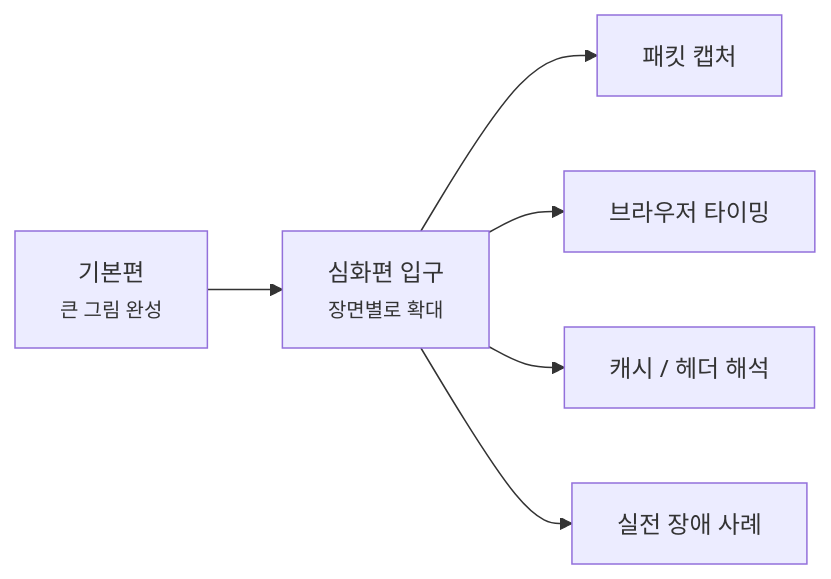
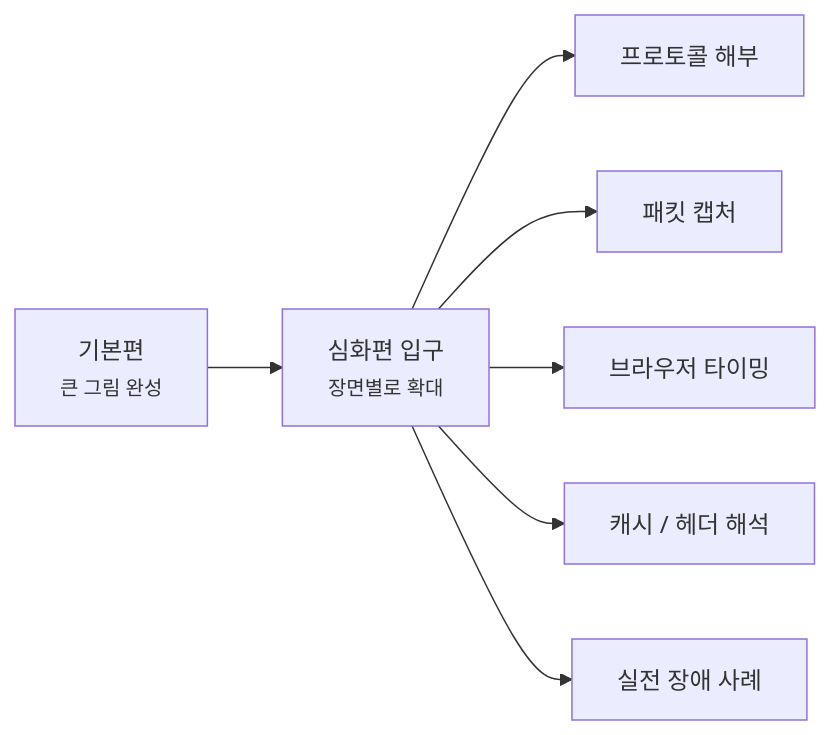
The diagram in docs/Network/deep-dive/index.md (kmj8843/blog), drawn with Mermaid before and after one commit. The commit also changed other lines of this file and 2 other files, not shown here.

Commit message:
feat: 네트워크 심화 - UDP 헤더 추가

````diff
--- a/docs/Network/deep-dive/index.md
+++ b/docs/Network/deep-dive/index.md
@@ -35,8 +36,9 @@
 ```mermaid
 flowchart LR
     A[기본편<br/><small>큰 그림 완성</small>] --> B[심화편 입구<br/><small>장면별로 확대</small>]
-    B --> C[패킷 캡처]
-    B --> D[브라우저 타이밍]
-    B --> E[캐시 / 헤더 해석]
-    B --> F[실전 장애 사례]
+    B --> C[프로토콜 해부]
+    B --> D[패킷 캡처]
+    B --> E[브라우저 타이밍]
+    B --> F[캐시 / 헤더 해석]
+    B --> G[실전 장애 사례]
 ```
````
